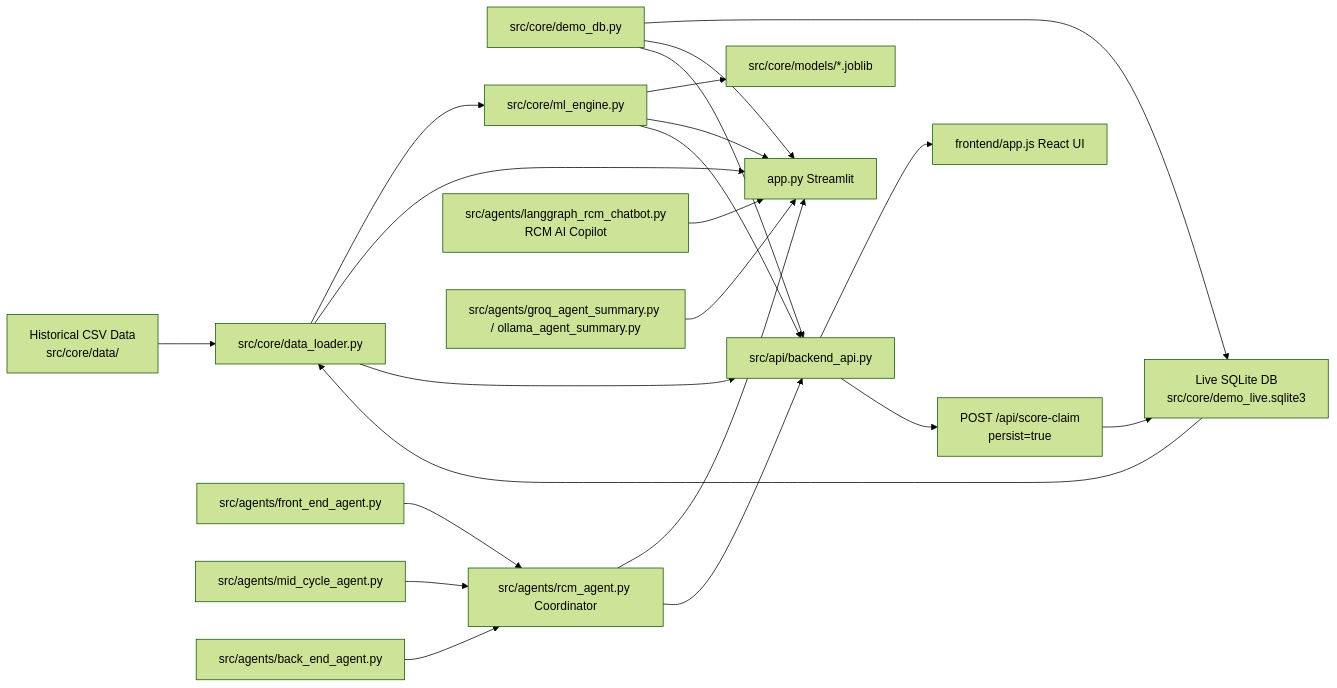
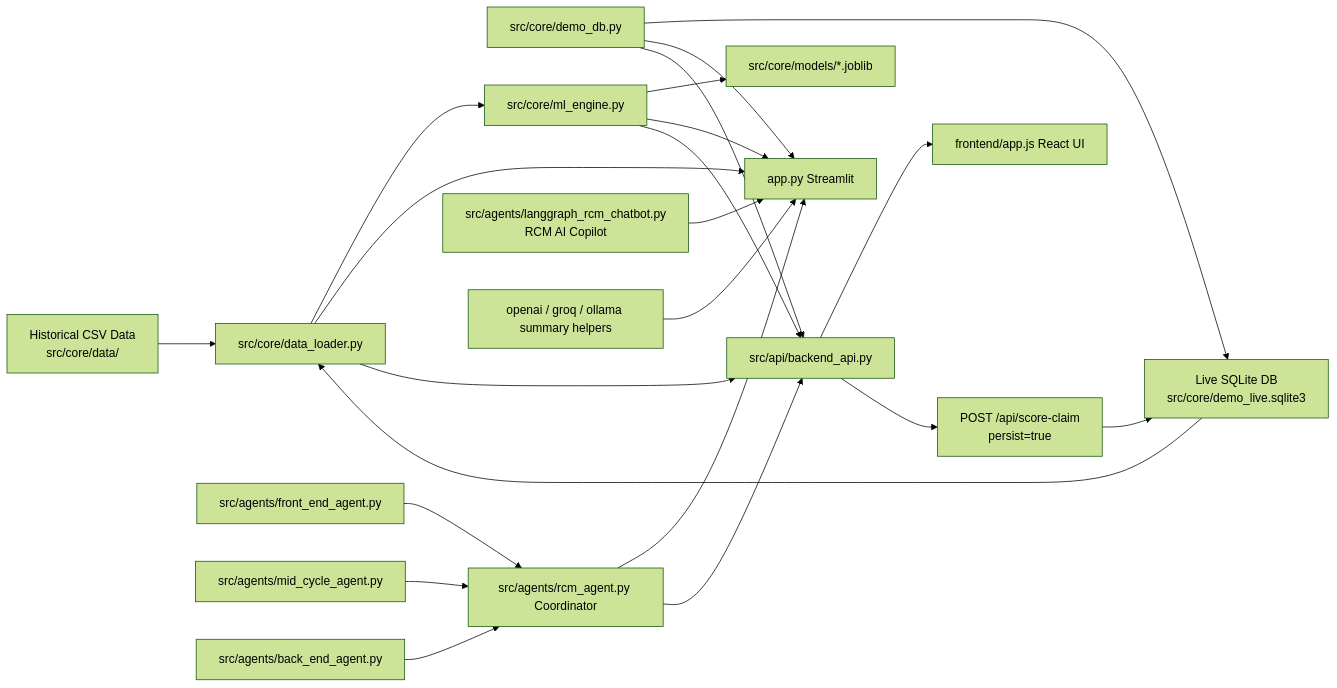
One commit to pranaya-mathur/rcm_agent changed the first of 3 diagrams in README.md. Above: the diagram before and after it, drawn with Mermaid (forest theme). The commit also changed other lines of this file and 7 other files, not shown here.

````diff
--- a/README.md
+++ b/README.md
@@ -42,27 +51,27 @@
 ```mermaid
 flowchart LR
     A[Historical CSV Data<br/>src/core/data/] --> B[src/core/data_loader.py]
     DB[Live SQLite DB<br/>src/core/demo_live.sqlite3] --> B
     DBM[src/core/demo_db.py] --> DB
 
     B --> C[src/core/ml_engine.py]
     C --> D[src/core/models/*.joblib]
     B --> E[app.py Streamlit]
     C --> E
     DBM --> E
 
     F[src/agents/rcm_agent.py Coordinator] --> E
     F1[src/agents/front_end_agent.py] --> F
     F2[src/agents/mid_cycle_agent.py] --> F
     F3[src/agents/back_end_agent.py] --> F
     G[src/agents/langgraph_rcm_chatbot.py<br/>RCM AI Copilot] --> E
-    H[src/agents/groq_agent_summary.py / ollama_agent_summary.py] --> E
+    H[openai / groq / ollama summary helpers] --> E
 
     B --> I[src/api/backend_api.py]
     C --> I
     F --> I
     DBM --> I
     I --> J[frontend/app.js React UI]
     I --> K[POST /api/score-claim<br/>persist=true]
     K --> DB
 ```
````
